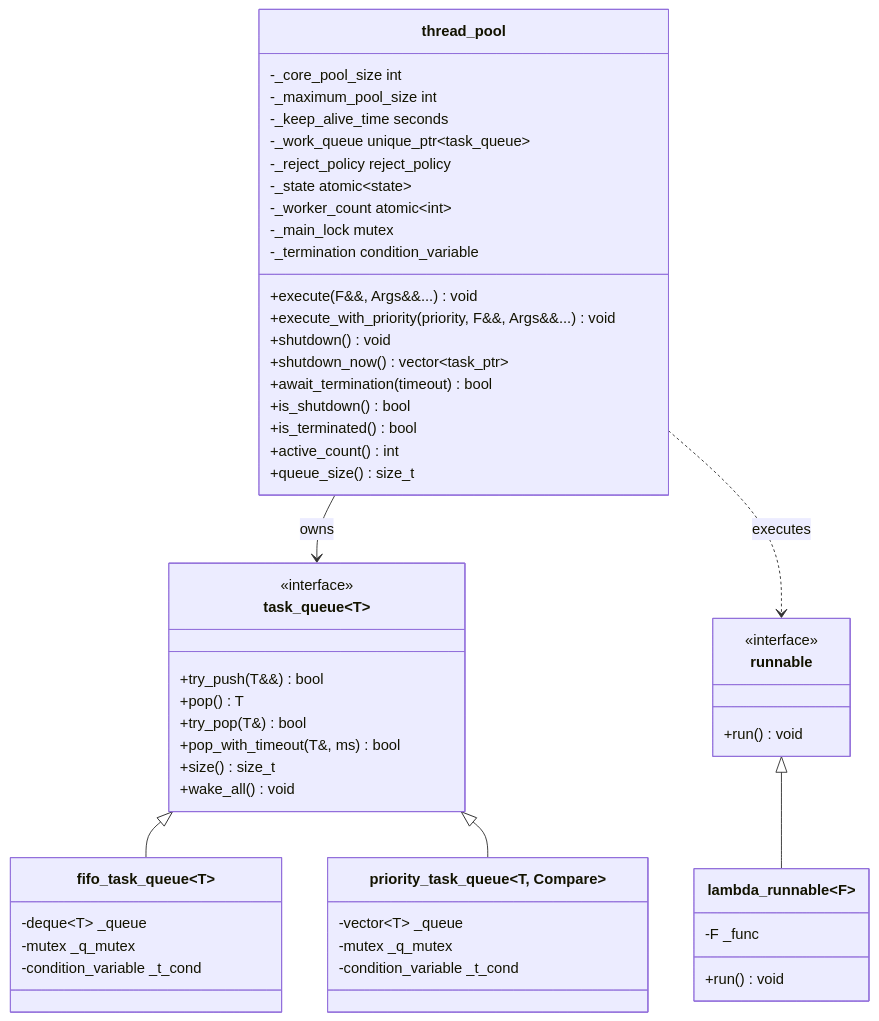
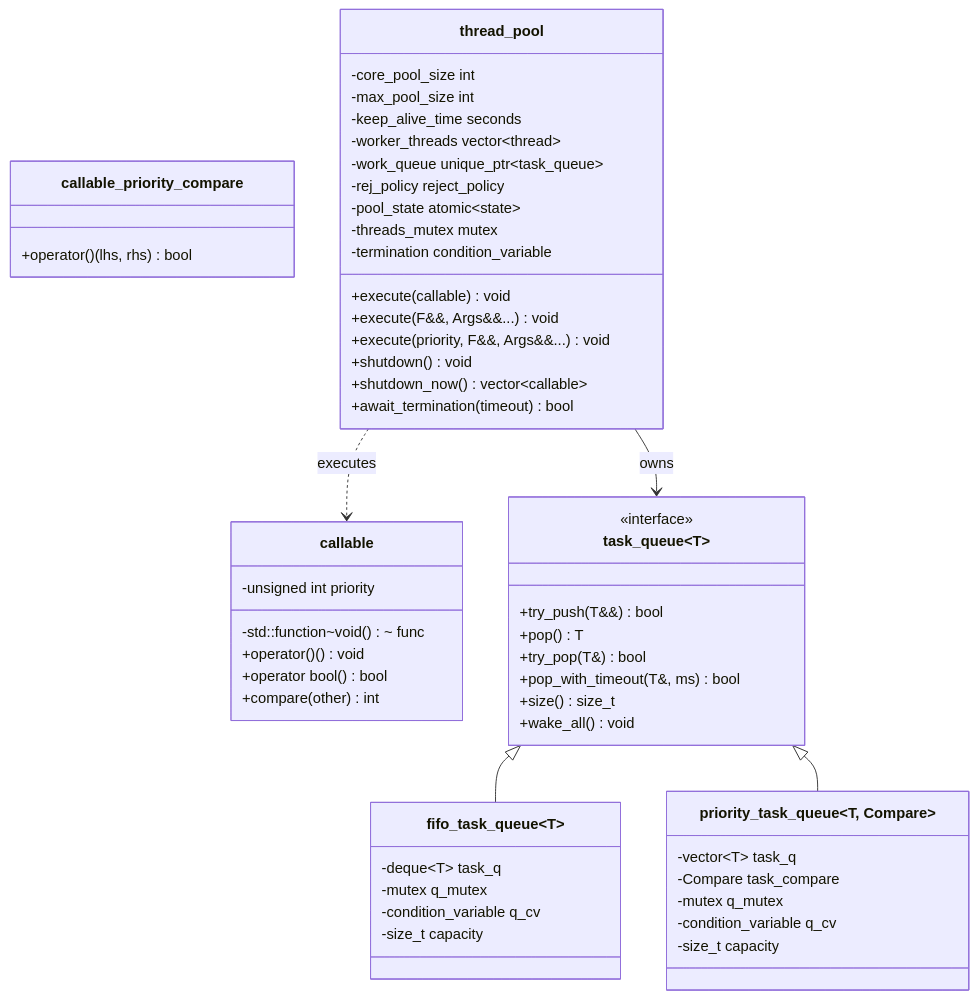
The first of 2 diagrams in DESIGN.md (lwhttpdorg/threadpool), drawn with Mermaid before and after one commit. The commit also changed other lines of this file and 9 other files, not shown here.

````diff
--- a/DESIGN.md
+++ b/DESIGN.md
@@ -120,61 +136,62 @@
 ```mermaid
 classDiagram
-    class runnable {
-        <<interface>>
-        +run() void
+    class callable {
+        -std::function~void()~ func
+        -unsigned int priority
+        +operator()() void
+        +operator bool() bool
+        +compare(other) int
     }
 
-    class lambda_runnable~F~ {
-        -F _func
-        +run() void
+    class callable_priority_compare {
+        +operator()(lhs, rhs) bool
     }
 
     class task_queue~T~ {
         <<interface>>
         +try_push(T&&) bool
         +pop() T
         +try_pop(T&) bool
         +pop_with_timeout(T&, ms) bool
         +size() size_t
         +wake_all() void
     }
 
     class fifo_task_queue~T~ {
-        -deque~T~ _queue
-        -mutex _q_mutex
-        -condition_variable _t_cond
+        -deque~T~ task_q
+        -mutex q_mutex
+        -condition_variable q_cv
+        -size_t capacity
     }
 
     class priority_task_queue~T, Compare~ {
-        -vector~T~ _queue
-        -mutex _q_mutex
-        -condition_variable _t_cond
+        -vector~T~ task_q
+        -Compare task_compare
+        -mutex q_mutex
+        -condition_variable q_cv
+        -size_t capacity
     }
 
     class thread_pool {
+        +execute(callable) void
         +execute(F&&, Args&&...) void
-        +execute_with_priority(priority, F&&, Args&&...) void
+        +execute(priority, F&&, Args&&...) void
         +shutdown() void
-        +shutdown_now() vector~task_ptr~
+        +shutdown_now() vector~callable~
         +await_termination(timeout) bool
-        +is_shutdown() bool
-        +is_terminated() bool
-        +active_count() int
-        +queue_size() size_t
-        -_core_pool_size int
-        -_maximum_pool_size int
-        -_keep_alive_time seconds
-        -_work_queue unique_ptr~task_queue~
-        -_reject_policy reject_policy
-        -_state atomic~state~
-        -_worker_count atomic~int~
-        -_main_lock mutex
-        -_termination condition_variable
+        -core_pool_size int
+        -max_pool_size int
+        -keep_alive_time seconds
+        -worker_threads vector~thread~
+        -work_queue unique_ptr~task_queue~
+        -rej_policy reject_policy
+        -pool_state atomic~state~
+        -threads_mutex mutex
+        -termination condition_variable
     }
 
-    runnable <|-- lambda_runnable~F~
     task_queue~T~ <|-- fifo_task_queue~T~
     task_queue~T~ <|-- priority_task_queue~T, Compare~
-    thread_pool --> task_queue~task_ptr~ : owns
-    thread_pool ..> runnable : executes
+    thread_pool --> task_queue~callable~ : owns
+    thread_pool ..> callable : executes
 ```
````
